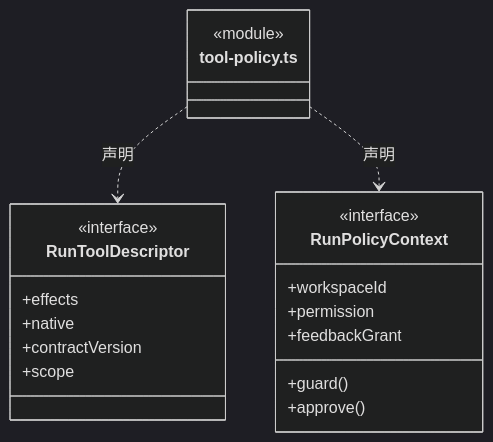
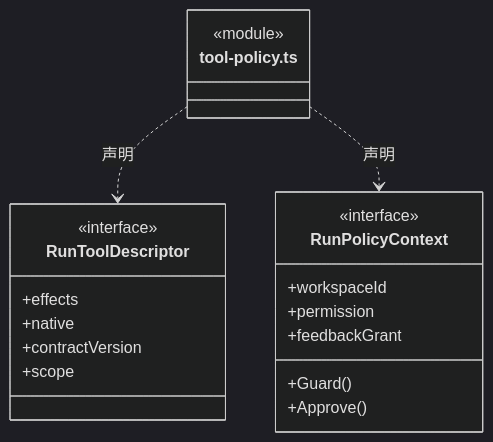
One commit to nan023062/cbim changed the second of 4 diagrams in src/logic/tools/rules/policy/ARCHITECTURE.md. Above: the diagram before and after it, drawn with Mermaid (dark theme). The commit also changed 1035 other files, not shown here.

````diff
--- a/src/logic/tools/rules/policy/ARCHITECTURE.md
+++ b/src/logic/tools/rules/policy/ARCHITECTURE.md
@@ -32,23 +32,23 @@
 ```mermaid
 classDiagram
 class N_src_logic_tools_rules_policy_tool_policy_ts["tool-policy.ts"] {
   <<module>>
 }
 class N_src_logic_tools_rules_policy_tool_policy_ts_RunToolDescriptor["RunToolDescriptor"] {
   <<interface>>
   +effects
   +native
   +contractVersion
   +scope
 }
 N_src_logic_tools_rules_policy_tool_policy_ts ..> N_src_logic_tools_rules_policy_tool_policy_ts_RunToolDescriptor : 声明
 class N_src_logic_tools_rules_policy_tool_policy_ts_RunPolicyContext["RunPolicyContext"] {
   <<interface>>
   +workspaceId
   +permission
-  +guard()
-  +approve()
+  +Guard()
+  +Approve()
   +feedbackGrant
 }
 N_src_logic_tools_rules_policy_tool_policy_ts ..> N_src_logic_tools_rules_policy_tool_policy_ts_RunPolicyContext : 声明
 ```
````
